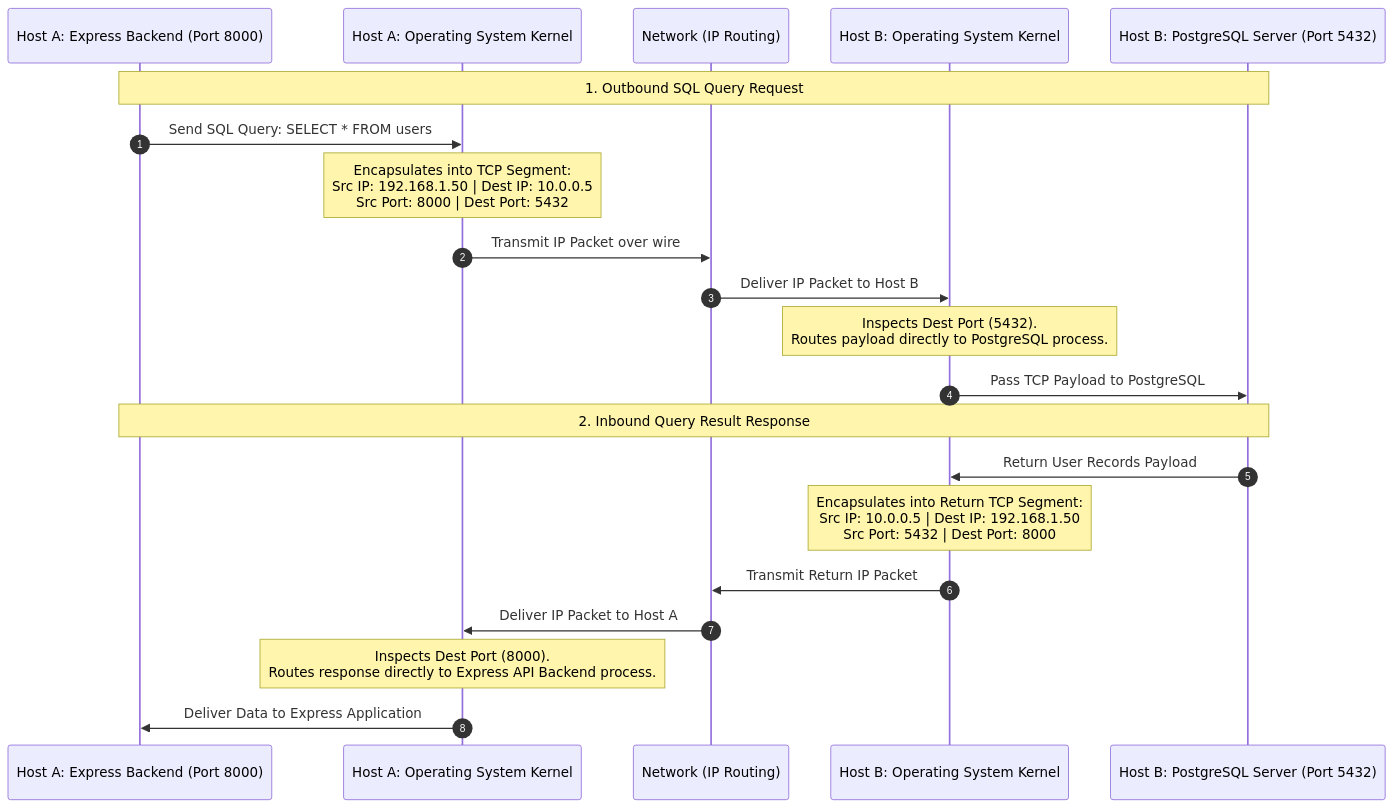
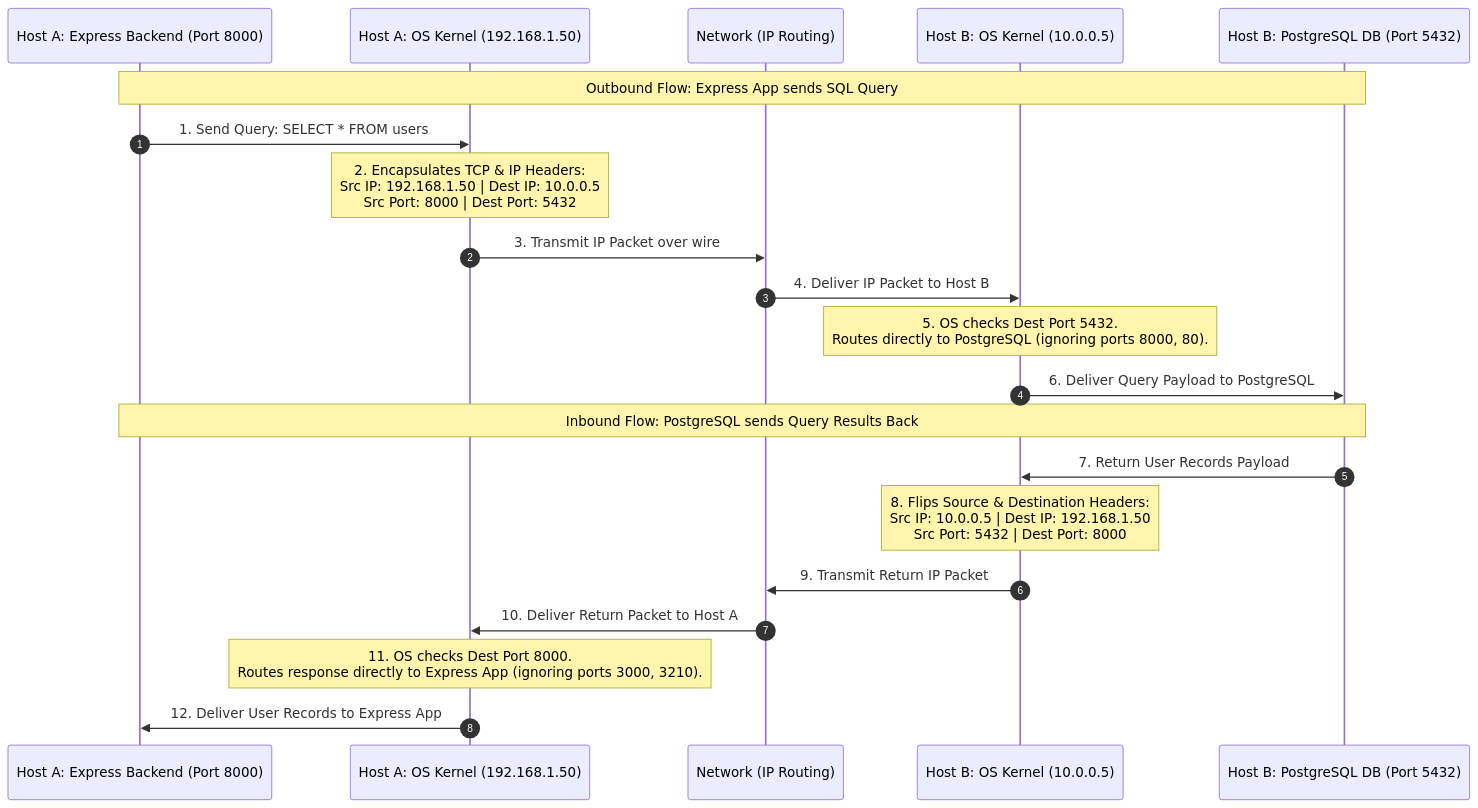
The eighth of 8 diagrams in content/posts/networking/ch15-transmission-control-protocol-tcp.mdx (ayuslharora/blog-ayuslh), drawn with Mermaid before and after one commit. The commit also changed other lines of this file, not shown here.

Commit message:
Enhance Request-Response interaction sequence explanation

````diff
--- a/content/posts/networking/ch15-transmission-control-protocol-tcp.mdx
+++ b/content/posts/networking/ch15-transmission-control-protocol-tcp.mdx
@@ -295,27 +317,25 @@
 ```mermaid
 sequenceDiagram
     autonumber
     participant HostA_App as Host A: Express Backend (Port 8000)
-    participant HostA_OS as Host A: Operating System Kernel
+    participant HostA_OS as Host A: OS Kernel (192.168.1.50)
     participant Network as Network (IP Routing)
-    participant HostB_OS as Host B: Operating System Kernel
-    participant HostB_DB as Host B: PostgreSQL Server (Port 5432)
+    participant HostB_OS as Host B: OS Kernel (10.0.0.5)
+    participant HostB_DB as Host B: PostgreSQL DB (Port 5432)
 
-    Note over HostA_App, HostB_DB: 1. Outbound SQL Query Request
-    HostA_App->>HostA_OS: Send SQL Query: SELECT * FROM users;
-    Note over HostA_OS: Encapsulates into TCP Segment:<br>Src IP: 192.168.1.50 | Dest IP: 10.0.0.5<br>Src Port: 8000 | Dest Port: 5432
-    HostA_OS->>Network: Transmit IP Packet over wire
-    Network->>HostB_OS: Deliver IP Packet to Host B
+    Note over HostA_App, HostB_DB: Outbound Flow: Express App sends SQL Query
+    HostA_App->>HostA_OS: 1. Send Query: SELECT * FROM users;
+    Note over HostA_OS: 2. Encapsulates TCP & IP Headers:<br>Src IP: 192.168.1.50 | Dest IP: 10.0.0.5<br>Src Port: 8000 | Dest Port: 5432
+    HostA_OS->>Network: 3. Transmit IP Packet over wire
+    Network->>HostB_OS: 4. Deliver IP Packet to Host B
+    Note over HostB_OS: 5. OS checks Dest Port 5432.<br>Routes directly to PostgreSQL (ignoring ports 8000, 80).
+    HostB_OS->>HostB_DB: 6. Deliver Query Payload to PostgreSQL
 
-    Note over HostB_OS: Inspects Dest Port (5432).<br>Routes payload directly to PostgreSQL process.
-    HostB_OS->>HostB_DB: Pass TCP Payload to PostgreSQL
-
-    Note over HostA_App, HostB_DB: 2. Inbound Query Result Response
-    HostB_DB->>HostB_OS: Return User Records Payload
-    Note over HostB_OS: Encapsulates into Return TCP Segment:<br>Src IP: 10.0.0.5 | Dest IP: 192.168.1.50<br>Src Port: 5432 | Dest Port: 8000
-    HostB_OS->>Network: Transmit Return IP Packet
-    Network->>HostA_OS: Deliver IP Packet to Host A
-
-    Note over HostA_OS: Inspects Dest Port (8000).<br>Routes response directly to Express API Backend process.
-    HostA_OS->>HostA_App: Deliver Data to Express Application
+    Note over HostA_App, HostB_DB: Inbound Flow: PostgreSQL sends Query Results Back
+    HostB_DB->>HostB_OS: 7. Return User Records Payload
+    Note over HostB_OS: 8. Flips Source & Destination Headers:<br>Src IP: 10.0.0.5 | Dest IP: 192.168.1.50<br>Src Port: 5432 | Dest Port: 8000
+    HostB_OS->>Network: 9. Transmit Return IP Packet
+    Network->>HostA_OS: 10. Deliver Return Packet to Host A
+    Note over HostA_OS: 11. OS checks Dest Port 8000.<br>Routes response directly to Express App (ignoring ports 3000, 3210).
+    HostA_OS->>HostA_App: 12. Deliver User Records to Express App
 ```
````
